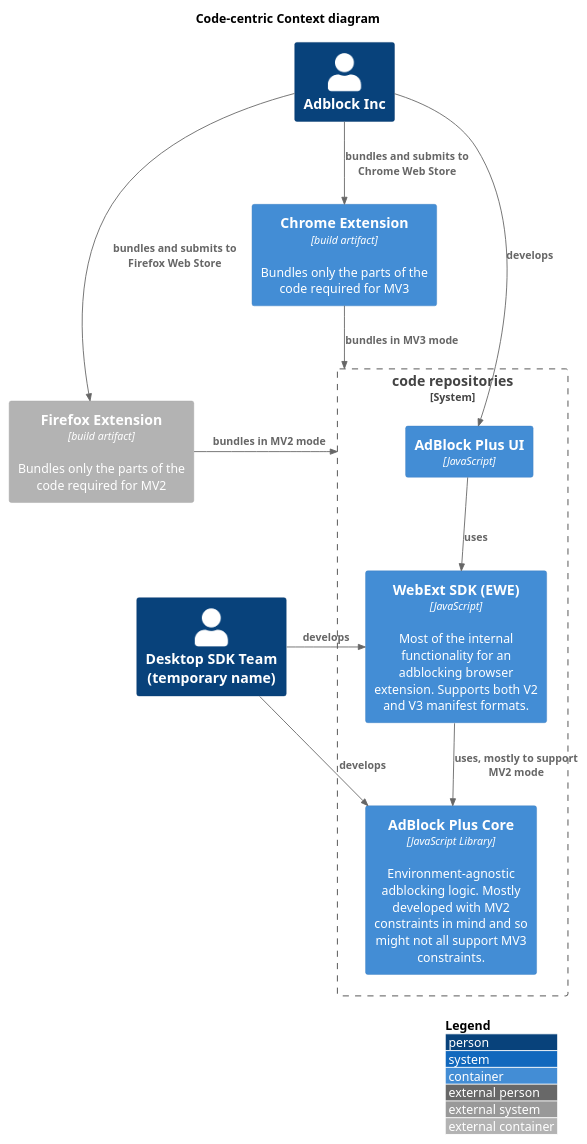
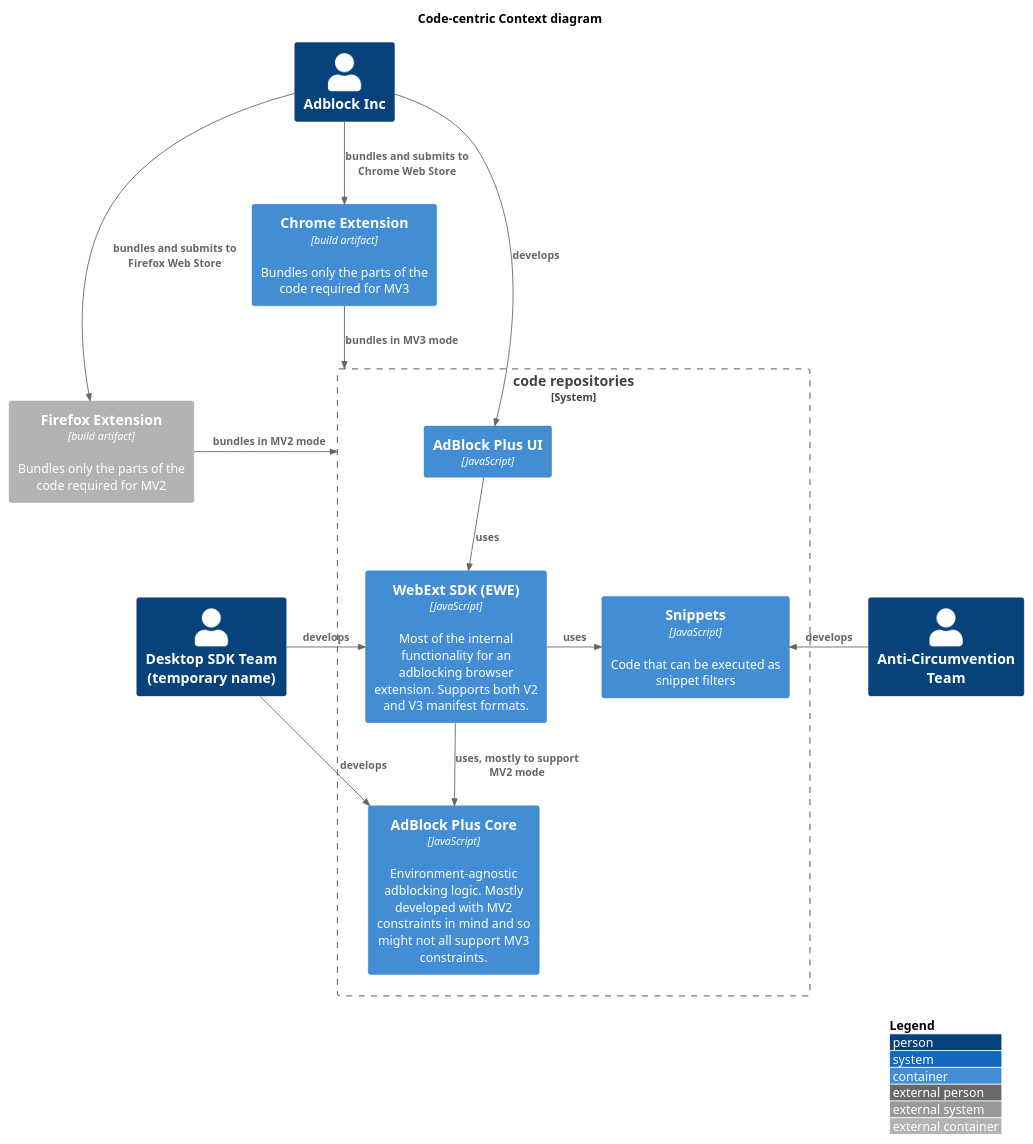
Before and after one commit to 4ntoine/mv3_spec_c4: the second of 8 diagrams in README.md, drawn with PlantUML. The commit also changed other lines of this file, not shown here.

Commit message:
Add snippets

````diff
--- a/README.md
+++ b/README.md
@@ -67,36 +66,41 @@
 ```plantuml
 @startuml
 !include https://raw.githubusercontent.com/plantuml-stdlib/C4-PlantUML/master/C4_Context.puml
 !include https://raw.githubusercontent.com/plantuml-stdlib/C4-PlantUML/master/C4_Container.puml
 
 LAYOUT_WITH_LEGEND()
 title Code-centric Context diagram
 
 ' people
 Person(adblockinc, "Adblock Inc")
 Person(desktop, "Desktop SDK Team (temporary name)")
+Person(anticv, "Anti-Circumvention Team")
 
 ' system itself
 System_Boundary(code, "code repositories") {
 Container(ui, "AdBlock Plus UI", "JavaScript")
 Container(ewe, "WebExt SDK (EWE)", "JavaScript", "Most of the internal functionality for an adblocking browser extension. Supports both V2 and V3 manifest formats.")
-Container(core, "AdBlock Plus Core", "JavaScript Library", "Environment-agnostic adblocking logic. Mostly developed with MV2 constraints in mind and so might not all support MV3 constraints.")
+Container(core, "AdBlock Plus Core", "JavaScript", "Environment-agnostic adblocking logic. Mostly developed with MV2 constraints in mind and so might not all support MV3 constraints.")
+Container(snippets, "Snippets", "JavaScript", "Code that can be executed as snippet filters")
 }
 
 Container_Ext(firefox_ext, "Firefox Extension", "build artifact", "Bundles only the parts of the code required for MV2")
 Container(chrome_ext, "Chrome Extension", "build artifact", "Bundles only the parts of the code required for MV3")
 
 ' relations
 Rel(adblockinc, ui, "develops")
 Rel(adblockinc, firefox_ext, "bundles and submits to Firefox Web Store")
 Rel(adblockinc, chrome_ext, "bundles and submits to Chrome Web Store")
 Rel_R(desktop, ewe, "develops")
 Rel_R(desktop, core, "develops")
+Rel_L(anticv, snippets, "develops")
 
 Rel_D(ui, ewe, "uses")
 Rel_D(ewe, core, "uses, mostly to support MV2 mode")
+Rel_R(ewe, snippets, "uses")
+
 
 Rel_L(firefox_ext, code, "bundles in MV2 mode")
 Rel_D(chrome_ext, code, "bundles in MV3 mode")
 @enduml
 ```
````
